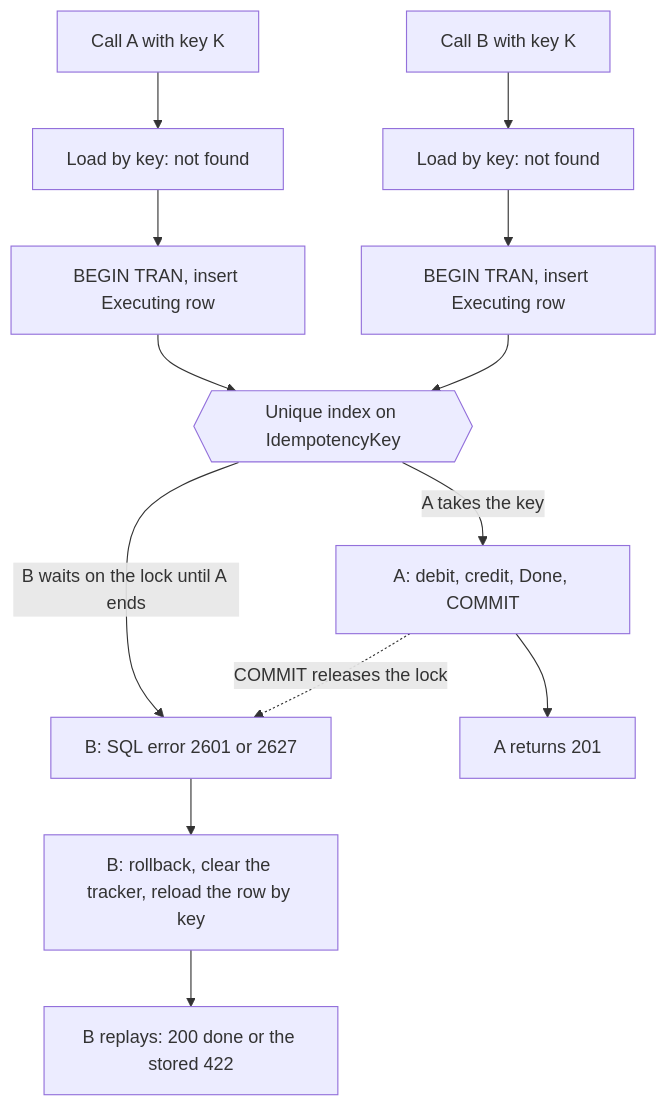
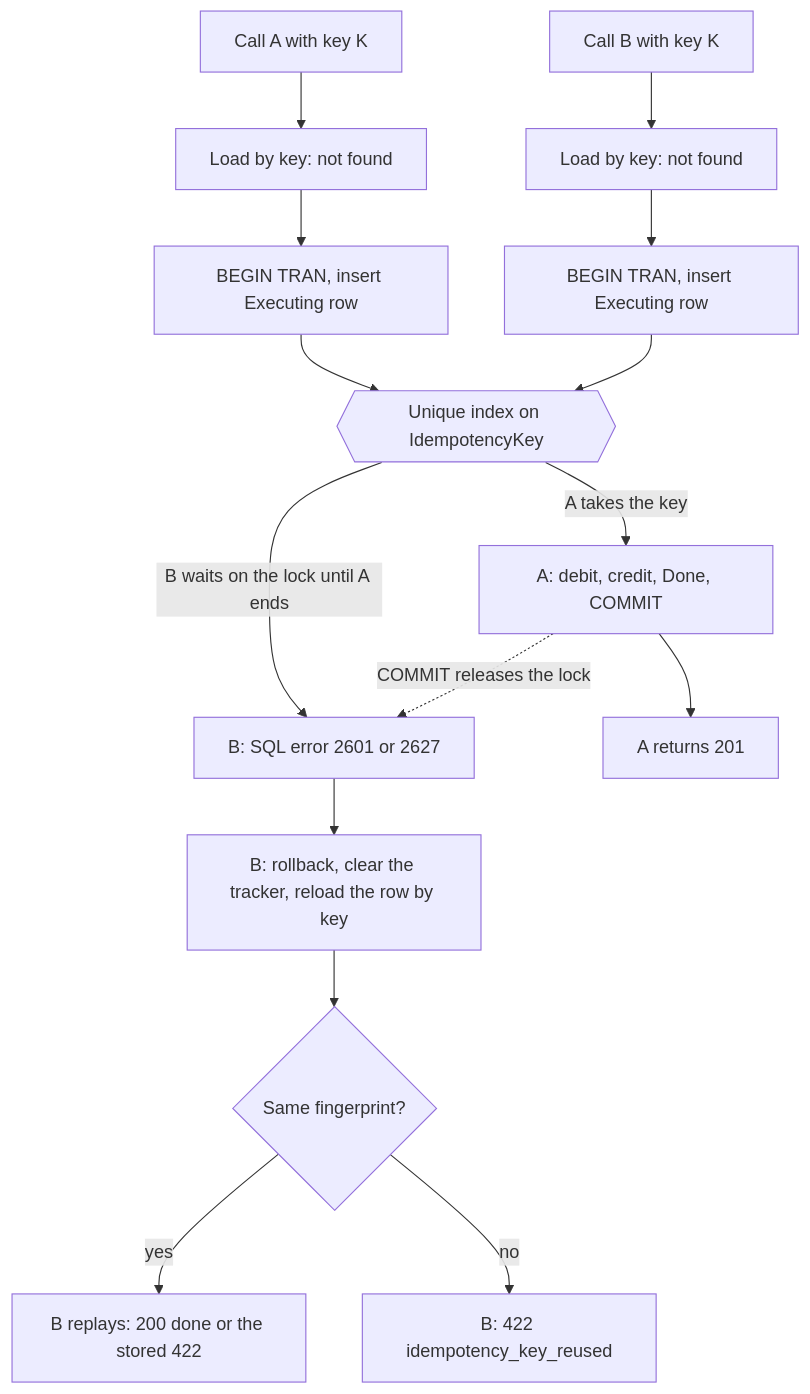
Before and after one commit to Khalil-Alhadidi/Naqoli: the third of 6 diagrams in docs/wallet-api.md, drawn with Mermaid. The commit also changed other lines of this file and 4 other files, not shown here.

First line of the commit message:
docs(wallet): client key, replay fingerprint, balance after, PIN format, closed payer

````diff
--- a/docs/wallet-api.md
+++ b/docs/wallet-api.md
@@ -382,15 +396,17 @@
 ```mermaid
 flowchart TB
     a["Call A with key K"] --> la["Load by key: not found"]
     b["Call B with key K"] --> lb["Load by key: not found"]
     la --> ia["BEGIN TRAN, insert Executing row"]
     lb --> ib["BEGIN TRAN, insert Executing row"]
     ia --> idx{{"Unique index on IdempotencyKey"}}
     ib --> idx
     idx -- "A takes the key" --> win["A: debit, credit, Done, COMMIT"]
     idx -- "B waits on the lock until A ends" --> lose["B: SQL error 2601 or 2627"]
     win --> r201["A returns 201"]
     win -. "COMMIT releases the lock" .-> lose
     lose --> rb["B: rollback, clear the tracker, reload the row by key"]
-    rb --> rep["B replays: 200 done or the stored 422"]
+    rb --> fp{"Same fingerprint?"}
+    fp -- "yes" --> rep["B replays: 200 done or the stored 422"]
+    fp -- "no" --> reused["B: 422 idempotency_key_reused"]
 ```
````
